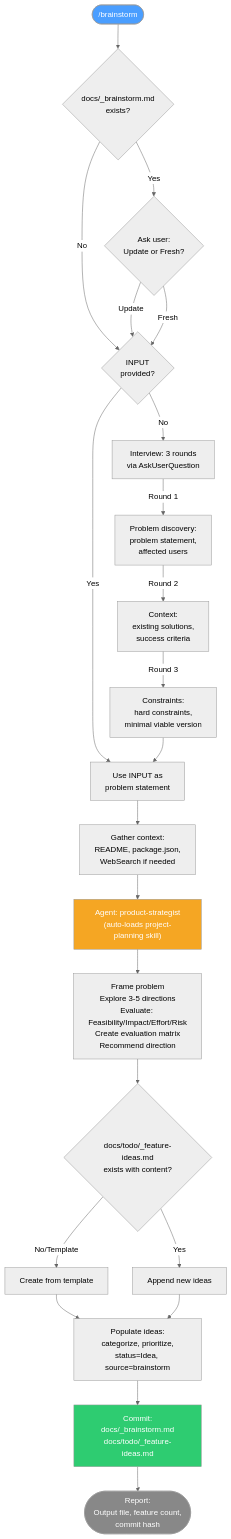
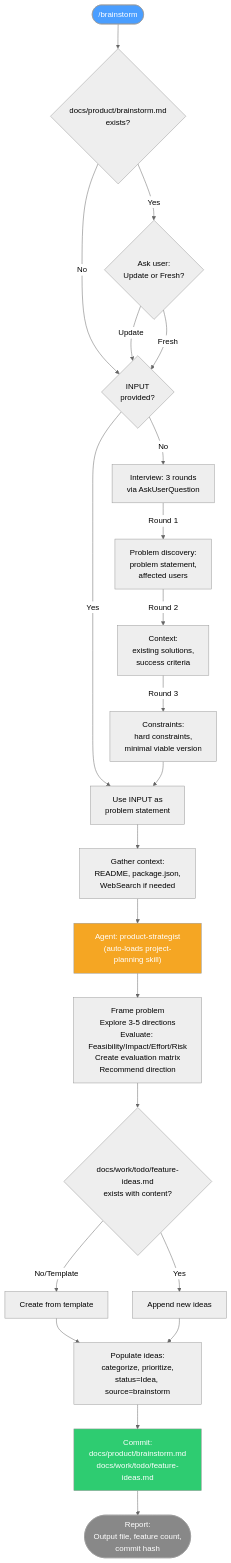
Before and after one commit to Domdhi/Agents.Domdhi: the first of 37 diagrams in docs/reference/commands.md, drawn with Mermaid (neutral theme). The commit also changed other lines of this file and 131 other files, not shown here.

````diff
--- a/docs/reference/commands.md
+++ b/docs/reference/commands.md
@@ -78,35 +78,35 @@
 ```mermaid
 flowchart TD
-    START(["/brainstorm"]) --> CHK{docs/_brainstorm.md\nexists?}
+    START(["/brainstorm"]) --> CHK{docs/product/brainstorm.md\nexists?}
     CHK -->|Yes| ASK_MODE{Ask user:\nUpdate or Fresh?}
     CHK -->|No| CHK_INPUT{INPUT\nprovided?}
     ASK_MODE -->|Update| CHK_INPUT
     ASK_MODE -->|Fresh| CHK_INPUT
 
     CHK_INPUT -->|Yes| CONTEXT[Use INPUT as\nproblem statement]
     CHK_INPUT -->|No| INTERVIEW[Interview: 3 rounds\nvia AskUserQuestion]
 
     INTERVIEW -->|Round 1| Q1[Problem discovery:\nproblem statement,\naffected users]
     Q1 -->|Round 2| Q2[Context:\nexisting solutions,\nsuccess criteria]
     Q2 -->|Round 3| Q3[Constraints:\nhard constraints,\nminimal viable version]
     Q3 --> CONTEXT
 
     CONTEXT --> GATHER[Gather context:\nREADME, package.json,\nWebSearch if needed]
 
     GATHER --> DELEGATE["Agent: product-strategist\n(auto-loads project-planning skill)"]
     DELEGATE --> AGENT_WORK["Frame problem\nExplore 3-5 directions\nEvaluate: Feasibility/Impact/Effort/Risk\nCreate evaluation matrix\nRecommend direction"]
 
-    AGENT_WORK --> FEATURE{docs/todo/_feature-ideas.md\nexists with content?}
+    AGENT_WORK --> FEATURE{docs/work/todo/feature-ideas.md\nexists with content?}
     FEATURE -->|No/Template| CREATE_FI[Create from template]
     FEATURE -->|Yes| APPEND_FI[Append new ideas]
     CREATE_FI --> POPULATE[Populate ideas:\ncategorize, prioritize,\nstatus=Idea, source=brainstorm]
     APPEND_FI --> POPULATE
 
-    POPULATE --> COMMIT["Commit:\ndocs/_brainstorm.md\ndocs/todo/_feature-ideas.md"]
+    POPULATE --> COMMIT["Commit:\ndocs/product/brainstorm.md\ndocs/work/todo/feature-ideas.md"]
     COMMIT --> REPORT(["Report:\nOutput file, feature count,\ncommit hash"])
 
     style START fill:#4a9eff,color:#fff
     style DELEGATE fill:#f5a623,color:#fff
     style COMMIT fill:#2ecc71,color:#fff
     style REPORT fill:#888,color:#fff
 ```
````
